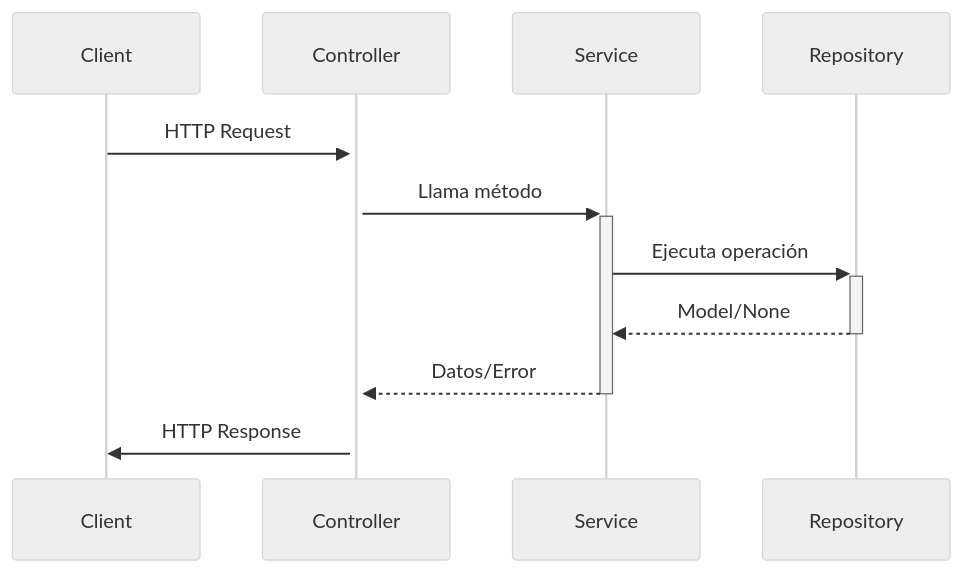
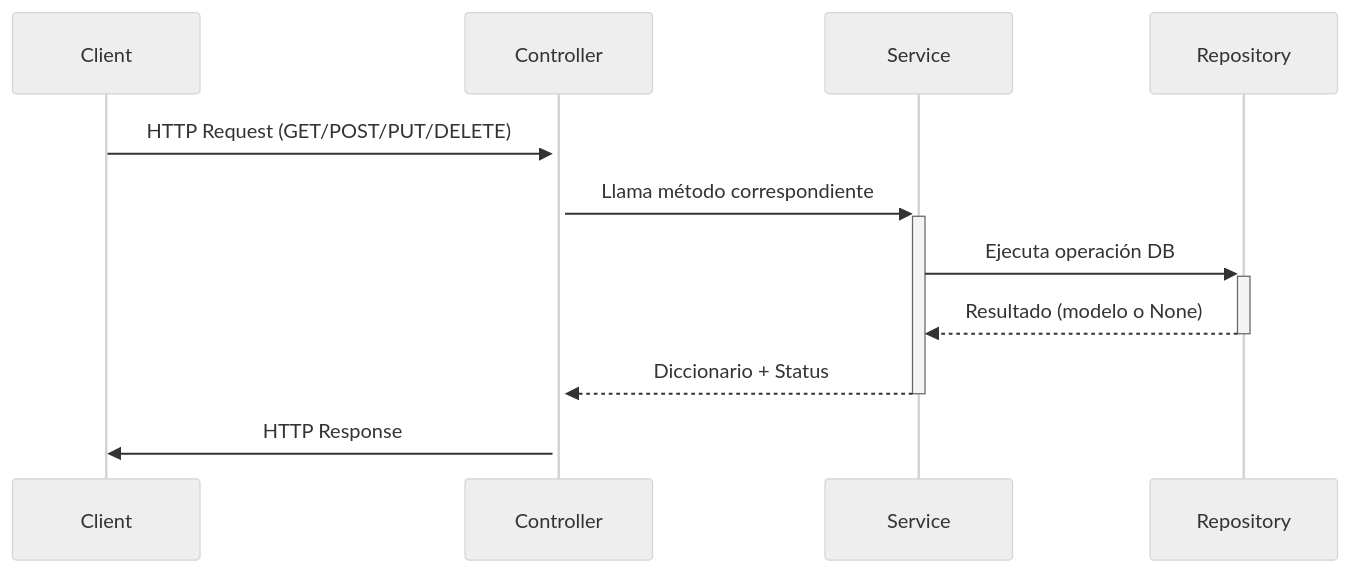
The diagram in API FLASK PYTHON MARIADB/02 Arquitectura/04.8. feature_controller.py CON SERVICE.md (KenethUrrutia/WEB_APP_DOCS), drawn with Mermaid (neutral theme) before and after one commit. The commit also changed other lines of this file and 14 other files, not shown here.

````diff
--- a/API FLASK PYTHON MARIADB/02 Arquitectura/04.8. feature_controller.py CON SERVICE.md
+++ b/API FLASK PYTHON MARIADB/02 Arquitectura/04.8. feature_controller.py CON SERVICE.md
@@ -85,9 +108,9 @@
 ```mermaid
 sequenceDiagram
-    Client->>+Controller: HTTP Request
-    Controller->>+Service: Llama método
-    Service->>+Repository: Ejecuta operación
-    Repository-->>-Service: Model/None
-    Service-->>-Controller: Datos/Error
+    Client->>+Controller: HTTP Request (GET/POST/PUT/DELETE)
+    Controller->>+Service: Llama método correspondiente
+    Service->>+Repository: Ejecuta operación DB
+    Repository-->>-Service: Resultado (modelo o None)
+    Service-->>-Controller: Diccionario + Status
     Controller->>Client: HTTP Response
 ```
````
